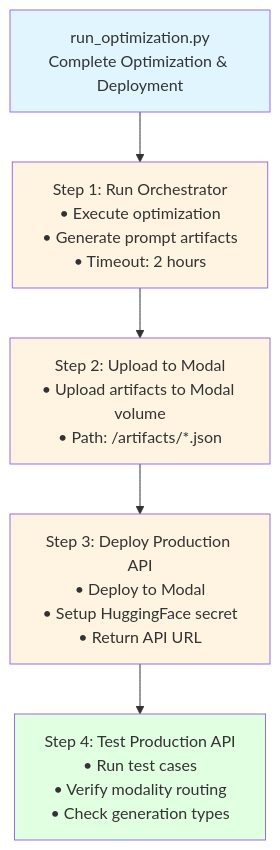
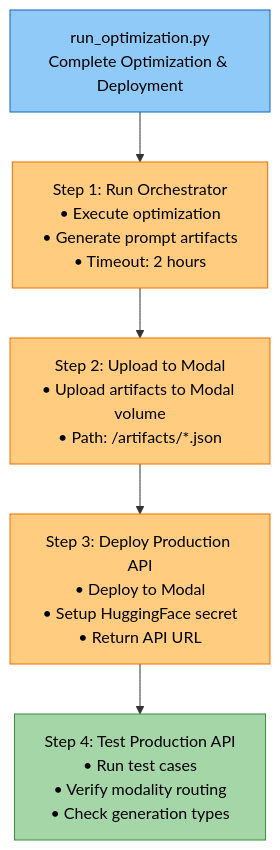
One commit to amit-jain/cogniverse changed the second of 4 diagrams in docs/development/scripts-operations.md. Above: the diagram before and after it, drawn with Mermaid. The commit also changed other lines of this file and 83 other files, not shown here.

First line of the commit message:
Fix documentation veracity, formatting, and diagrams across all modules

````diff
--- a/docs/development/scripts-operations.md
+++ b/docs/development/scripts-operations.md
@@ -142,23 +152,23 @@
 ```mermaid
-graph TB
-    Start[run_optimization.py<br/>Complete Optimization & Deployment]
+flowchart TB
+    Start["<span style='color:#000'>run_optimization.py<br/>Complete Optimization & Deployment</span>"]
 
-    Step1[Step 1: Run Orchestrator<br/>• Execute optimization<br/>• Generate prompt artifacts<br/>• Timeout: 2 hours]
+    Step1["<span style='color:#000'>Step 1: Run Orchestrator<br/>• Execute optimization<br/>• Generate prompt artifacts<br/>• Timeout: 2 hours</span>"]
 
-    Step2[Step 2: Upload to Modal<br/>• Upload artifacts to Modal volume<br/>• Path: /artifacts/*.json]
+    Step2["<span style='color:#000'>Step 2: Upload to Modal<br/>• Upload artifacts to Modal volume<br/>• Path: /artifacts/*.json</span>"]
 
-    Step3[Step 3: Deploy Production API<br/>• Deploy to Modal<br/>• Setup HuggingFace secret<br/>• Return API URL]
+    Step3["<span style='color:#000'>Step 3: Deploy Production API<br/>• Deploy to Modal<br/>• Setup HuggingFace secret<br/>• Return API URL</span>"]
 
-    Step4[Step 4: Test Production API<br/>• Run test cases<br/>• Verify modality routing<br/>• Check generation types]
+    Step4["<span style='color:#000'>Step 4: Test Production API<br/>• Run test cases<br/>• Verify modality routing<br/>• Check generation types</span>"]
 
     Start --> Step1
     Step1 --> Step2
     Step2 --> Step3
     Step3 --> Step4
 
-    style Start fill:#e1f5ff
-    style Step1 fill:#fff4e1
-    style Step2 fill:#fff4e1
-    style Step3 fill:#fff4e1
-    style Step4 fill:#e1ffe1
+    style Start fill:#90caf9,stroke:#1565c0,color:#000
+    style Step1 fill:#ffcc80,stroke:#ef6c00,color:#000
+    style Step2 fill:#ffcc80,stroke:#ef6c00,color:#000
+    style Step3 fill:#ffcc80,stroke:#ef6c00,color:#000
+    style Step4 fill:#a5d6a7,stroke:#388e3c,color:#000
 ```
````
